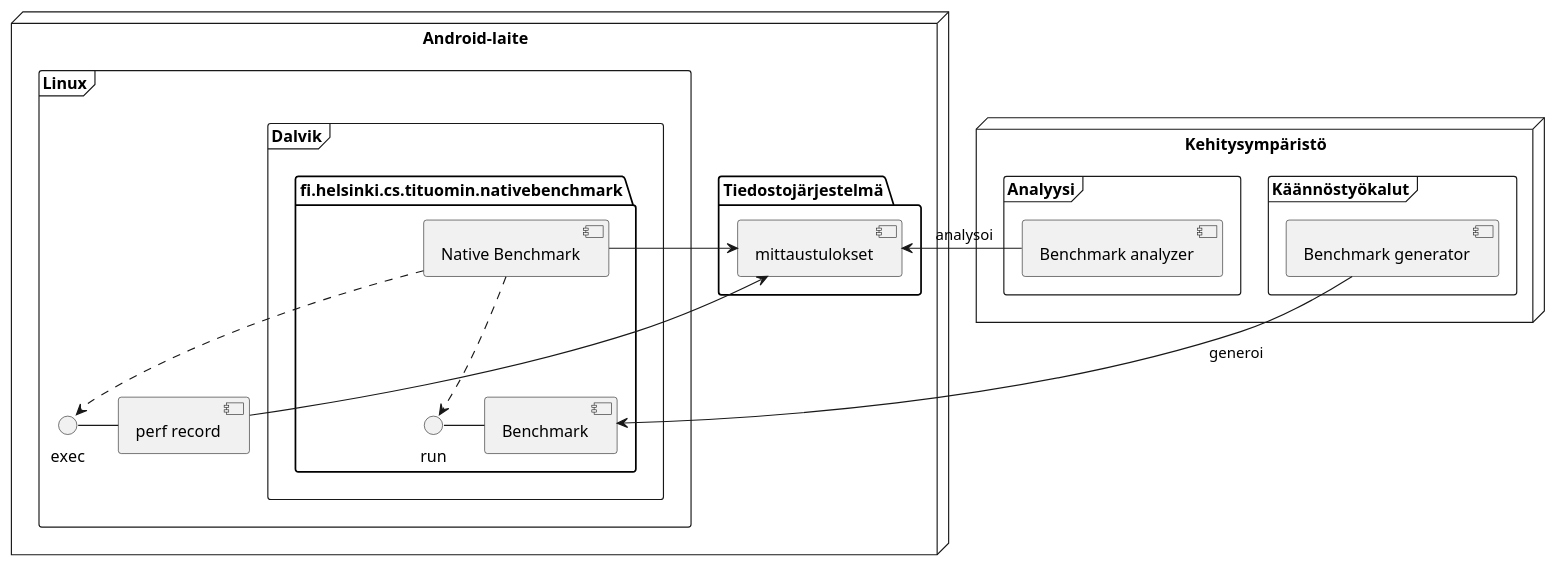
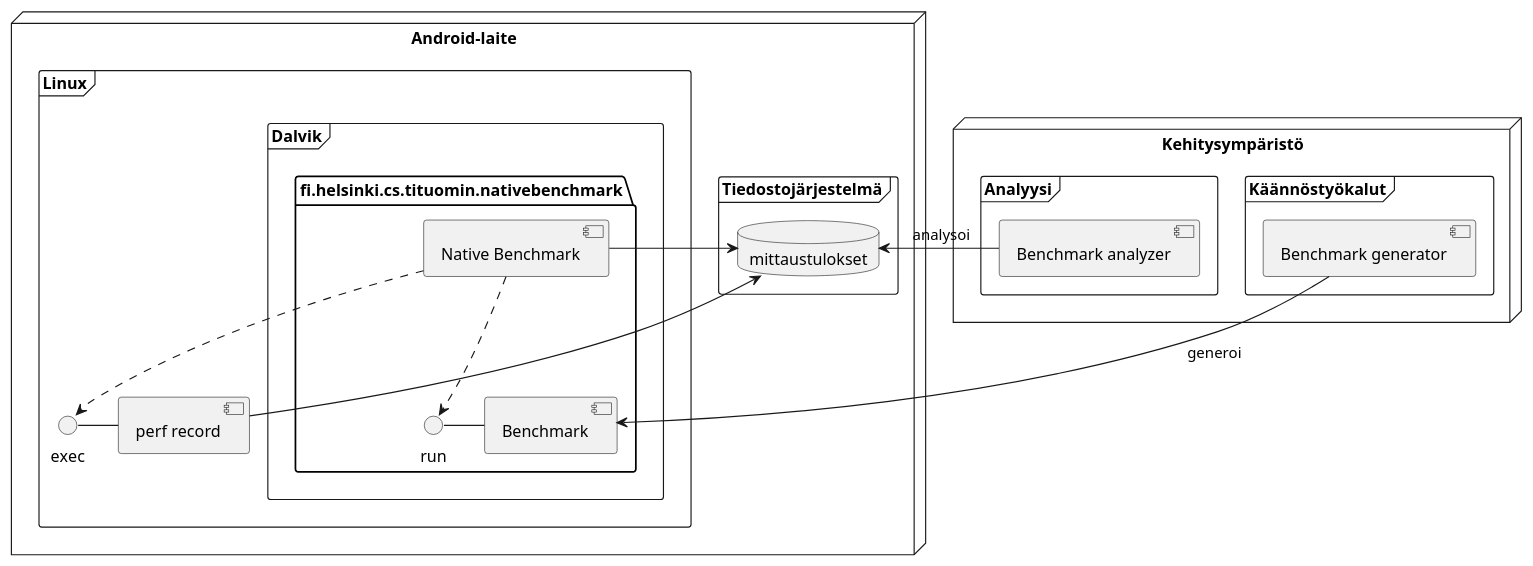
Before and after one commit to tituomin/gradu: the diagram in paper/src/figures/architecture.puml, drawn with PlantUML. The commit also changed 5 other files, not shown here.

```diff
--- a/paper/src/figures/architecture.puml
+++ b/paper/src/figures/architecture.puml
@@ -1,31 +1,31 @@
 
 node "Android-laite" {
-  folder "Tiedostojärjestelmä" {
-    [mittaustulokset]
+  frame "Tiedostojärjestelmä" {
+    database mittaustulokset
   }
   frame "Linux" {
     frame "Dalvik" {
       package "fi.helsinki.cs.tituomin.nativebenchmark" {
         () run
         [Benchmark]
         [Benchmark] - run
         [Native Benchmark] ..> run
       }
     }
     [perf record] - exec
     [Native Benchmark] ..> exec
   }
 }
 
 node "Kehitysympäristö" {
 
   frame "Käännöstyökalut" {
     [Benchmark generator] --> [Benchmark] : " generoi"
   }
   [mittaustulokset] <- [Native Benchmark]
   [mittaustulokset] <- [perf record]
 
   frame "Analyysi" {
     [Benchmark analyzer] -> [mittaustulokset] : " analysoi"
   }
 }
```
